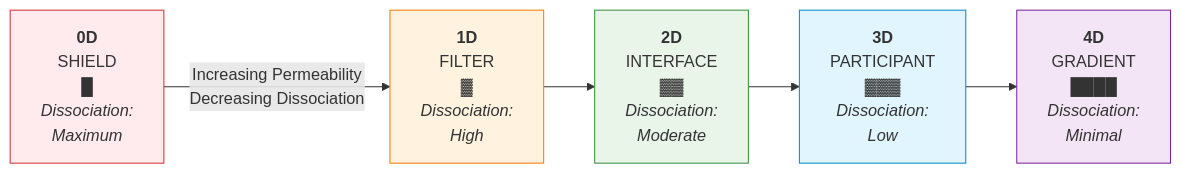
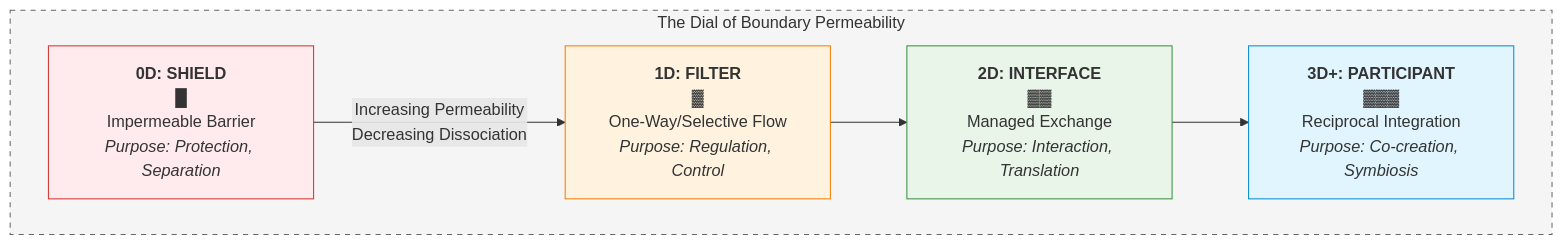
Before and after one commit to ravaioli/solarpunk-mandala: the second of 3 diagrams in framework/core-model/07-material-intelligence-framework.md, drawn with Mermaid. The commit also changed other lines of this file, not shown here.

````diff
--- a/framework/core-model/07-material-intelligence-framework.md
+++ b/framework/core-model/07-material-intelligence-framework.md
@@ -222,16 +155,18 @@
 ```mermaid
 flowchart LR
-    A["<b>0D</b><br>SHIELD<br>█<br><i>Dissociation:<br>Maximum</i>"]
-    B["<b>1D</b><br>FILTER<br>▓<br><i>Dissociation:<br>High</i>"]
-    C["<b>2D</b><br>INTERFACE<br>▓▓<br><i>Dissociation:<br>Moderate</i>"]
-    D["<b>3D</b><br>PARTICIPANT<br>▓▓▓<br><i>Dissociation:<br>Low</i>"]
-    E["<b>4D</b><br>GRADIENT<br>████<br><i>Dissociation:<br>Minimal</i>"]
+    subgraph Scale["The Dial of Boundary Permeability"]
+        direction LR
+        S0["<b>0D: SHIELD</b><br>█<br>Impermeable Barrier<br><i>Purpose: Protection, Separation</i>"]
+        S1["<b>1D: FILTER</b><br>▓<br>One-Way/Selective Flow<br><i>Purpose: Regulation, Control</i>"]
+        S2["<b>2D: INTERFACE</b><br>▓▓<br>Managed Exchange<br><i>Purpose: Interaction, Translation</i>"]
+        S3["<b>3D+: PARTICIPANT</b><br>▓▓▓<br>Reciprocal Integration<br><i>Purpose: Co-creation, Symbiosis</i>"]
+    end
 
-    A -- "Increasing Permeability<br>Decreasing Dissociation" --> B --> C --> D --> E
-    
-    style A fill:#ffebee,stroke:#d32f2f
-    style B fill:#fff3e0,stroke:#f57c00
-    style C fill:#e8f5e8,stroke:#388e3c
-    style D fill:#e1f5fe,stroke:#0288d1
-    style E fill:#f3e5f5,stroke:#7b1fa2
+    S0 -- "Increasing Permeability<br>Decreasing Dissociation" --> S1 --> S2 --> S3
+
+    style Scale fill:#f5f5f5,stroke:#666,stroke-dasharray: 5 5
+    style S0 fill:#ffebee,stroke:#d32f2f
+    style S1 fill:#fff3e0,stroke:#f57c00
+    style S2 fill:#e8f5e8,stroke:#388e3c
+    style S3 fill:#e1f5fe,stroke:#0288d1
 ```
````
